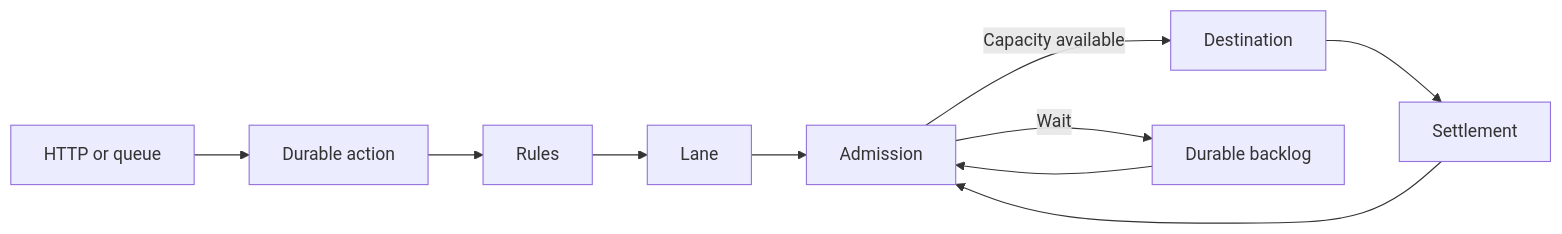
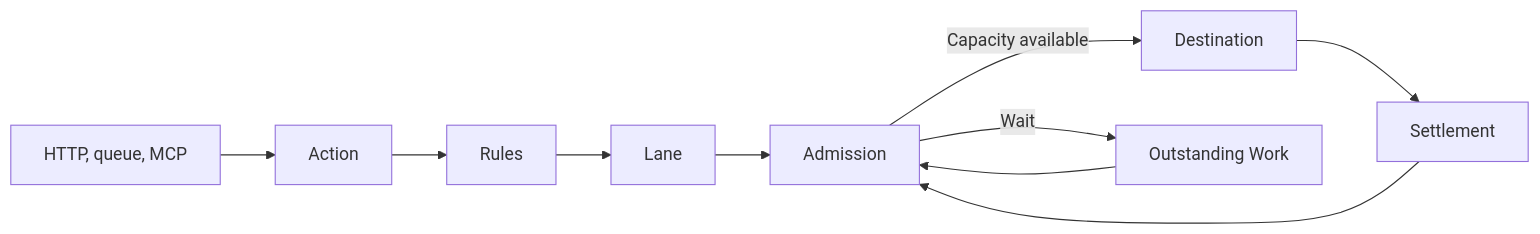
One commit to arklowsc/docs changed the diagram in fundamentals/overview.mdx. Above: the diagram before and after it, drawn with Mermaid. The commit also changed other lines of this file and 5 other files, not shown here.

````diff
--- a/fundamentals/overview.mdx
+++ b/fundamentals/overview.mdx
@@ -10,12 +8,12 @@
 ```mermaid actions={false}
 flowchart LR
-    S["HTTP or queue"] --> A["Durable action"]
+    S["HTTP, queue, MCP"] --> A["Action"]
     A --> R["Rules"]
     R --> L["Lane"]
     L --> G["Admission"]
     G -->|"Capacity available"| D["Destination"]
-    G -->|"Wait"| W["Durable backlog"]
+    G -->|"Wait"| W["Outstanding Work"]
     W --> G
     D --> O["Settlement"]
     O --> G
 ```
````
